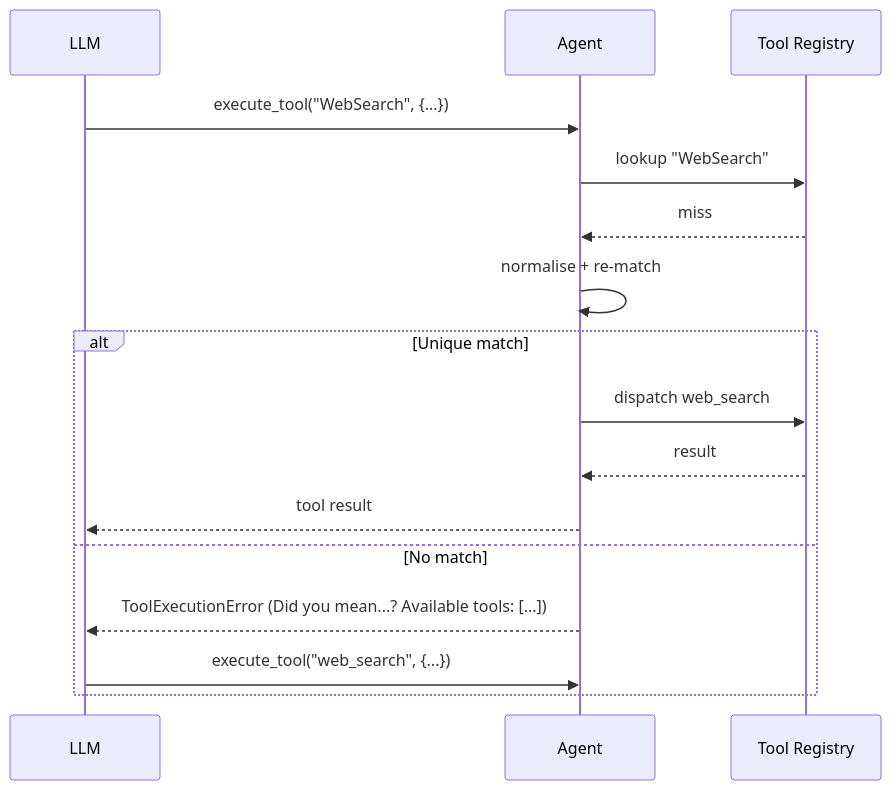
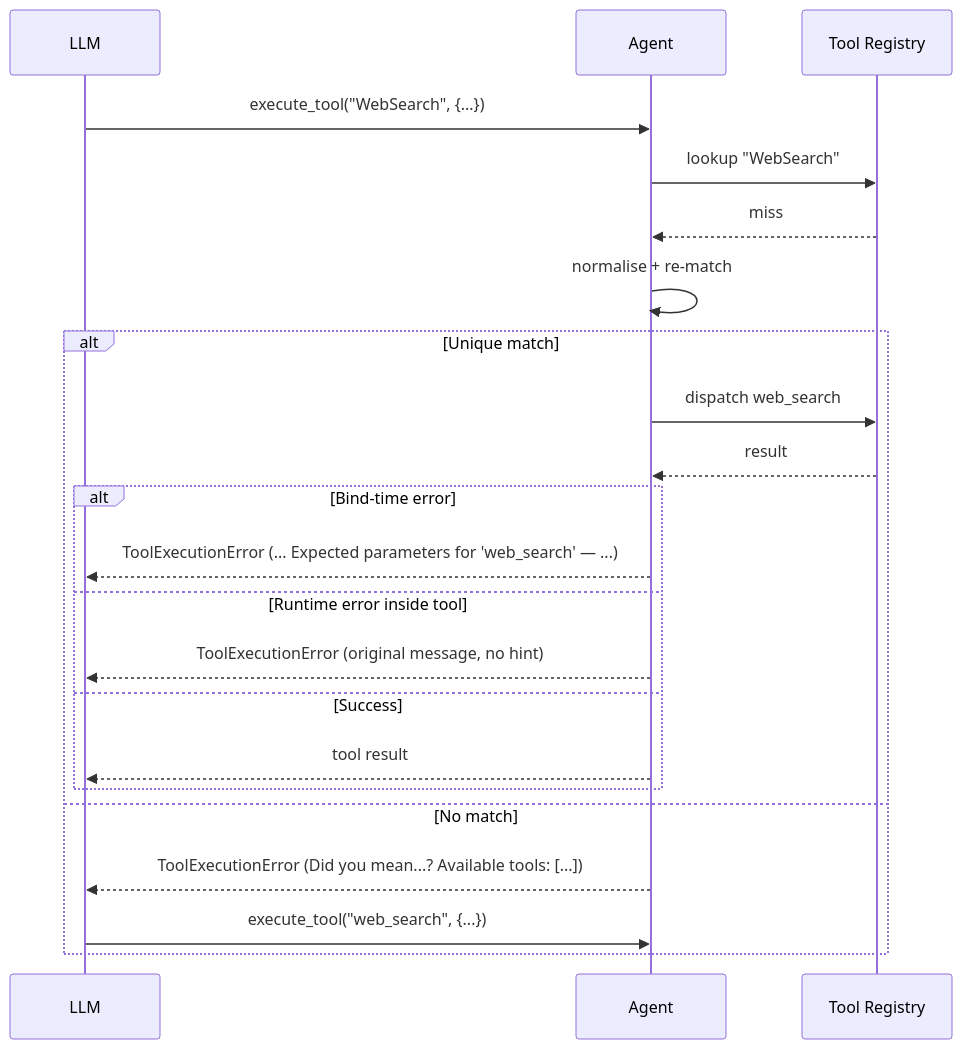
The second of 2 diagrams in docs/features/tool-call-self-repair.mdx (MervinPraison/PraisonAIDocs), drawn with Mermaid before and after one commit. The commit also changed other lines of this file, not shown here.

First line of the commit message:
docs: gate tool parameter hint to genuine bind failures (fixes #2318)

````diff
--- a/docs/features/tool-call-self-repair.mdx
+++ b/docs/features/tool-call-self-repair.mdx
@@ -90,19 +117,25 @@
 ```mermaid
 sequenceDiagram
     participant LLM
     participant Agent
     participant Registry as Tool Registry
 
     LLM->>Agent: execute_tool("WebSearch", {...})
     Agent->>Registry: lookup "WebSearch"
     Registry-->>Agent: miss
     Agent->>Agent: normalise + re-match
     alt Unique match
         Agent->>Registry: dispatch web_search
         Registry-->>Agent: result
-        Agent-->>LLM: tool result
+        alt Bind-time error
+            Agent-->>LLM: ToolExecutionError (... Expected parameters for 'web_search' — ...)
+        else Runtime error inside tool
+            Agent-->>LLM: ToolExecutionError (original message, no hint)
+        else Success
+            Agent-->>LLM: tool result
+        end
     else No match
         Agent-->>LLM: ToolExecutionError (Did you mean...? Available tools: [...])
         LLM->>Agent: execute_tool("web_search", {...})
     end
 ```
````
